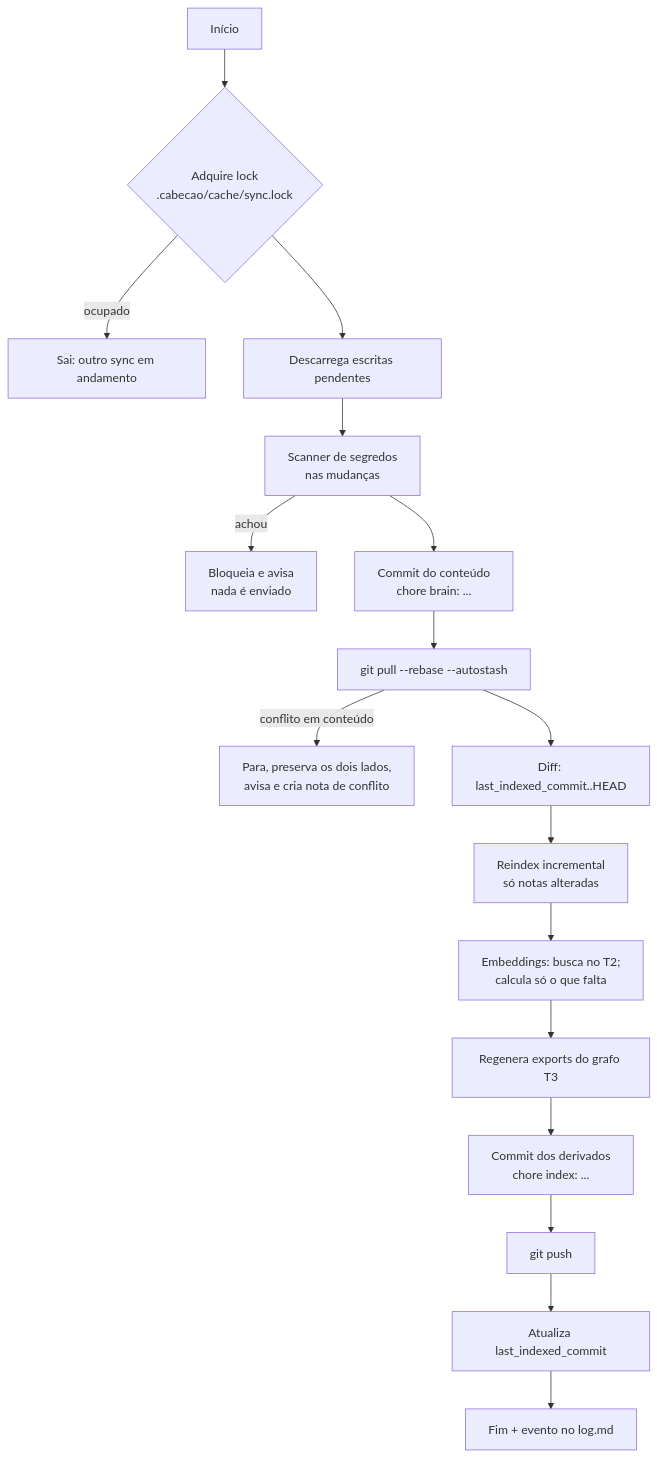
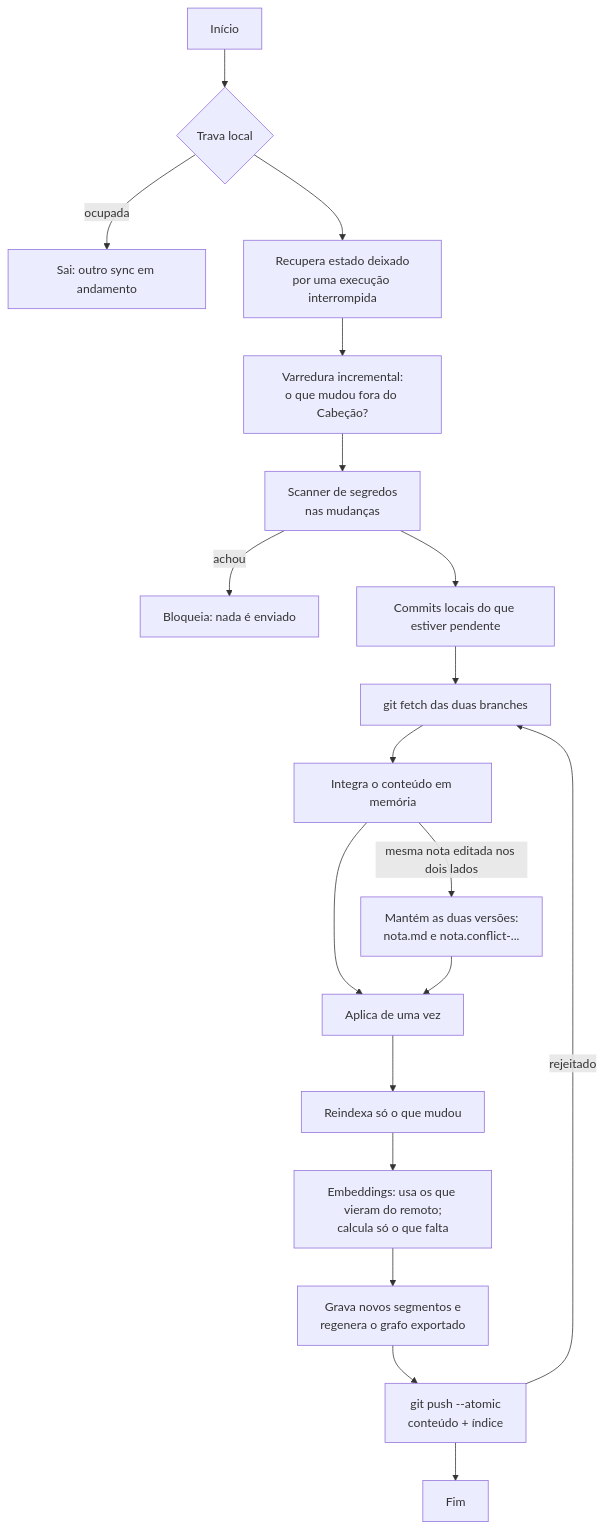
Before and after one commit to renanloureiroo/cabecao: the diagram in docs/04-sincronizacao.md, drawn with Mermaid. The commit also changed other lines of this file and 39 other files, not shown here.

````diff
--- a/docs/04-sincronizacao.md
+++ b/docs/04-sincronizacao.md
@@ -75,19 +30,21 @@
 ```mermaid
 flowchart TD
-    A[Início] --> L{Adquire lock<br/>.cabecao/cache/sync.lock}
-    L -->|ocupado| X[Sai: outro sync em andamento]
-    L --> F[Descarrega escritas pendentes]
-    F --> S[Scanner de segredos<br/>nas mudanças]
-    S -->|achou| B[Bloqueia e avisa<br/>nada é enviado]
-    S --> C1[Commit do conteúdo<br/>chore brain: ...]
-    C1 --> P[git pull --rebase --autostash]
-    P -->|conflito em conteúdo| K[Para, preserva os dois lados,<br/>avisa e cria nota de conflito]
-    P --> D[Diff: last_indexed_commit..HEAD]
-    D --> I[Reindex incremental<br/>só notas alteradas]
-    I --> E[Embeddings: busca no T2;<br/>calcula só o que falta]
-    E --> G[Regenera exports do grafo T3]
-    G --> C2[Commit dos derivados<br/>chore index: ...]
-    C2 --> PU[git push]
-    PU --> M[Atualiza last_indexed_commit]
-    M --> Z[Fim + evento no log.md]
+    A[Início] --> L{Trava local}
+    L -->|ocupada| X[Sai: outro sync em andamento]
+    L --> R[Recupera estado deixado<br/>por uma execução interrompida]
+    R --> V[Varredura incremental:<br/>o que mudou fora do Cabeção?]
+    V --> S[Scanner de segredos<br/>nas mudanças]
+    S -->|achou| B[Bloqueia: nada é enviado]
+    S --> C[Commits locais do que estiver pendente]
+    C --> F[git fetch das duas branches]
+    F --> M[Integra o conteúdo em memória]
+    M -->|mesma nota editada nos dois lados| K[Mantém as duas versões:<br/>nota.md e nota.conflict-...]
+    M --> AP[Aplica de uma vez]
+    K --> AP
+    AP --> D[Reindexa só o que mudou]
+    D --> E[Embeddings: usa os que vieram do remoto;<br/>calcula só o que falta]
+    E --> G[Grava novos segmentos e<br/>regenera o grafo exportado]
+    G --> P[git push --atomic<br/>conteúdo + índice]
+    P -->|rejeitado| F
+    P --> Z[Fim]
 ```
````
